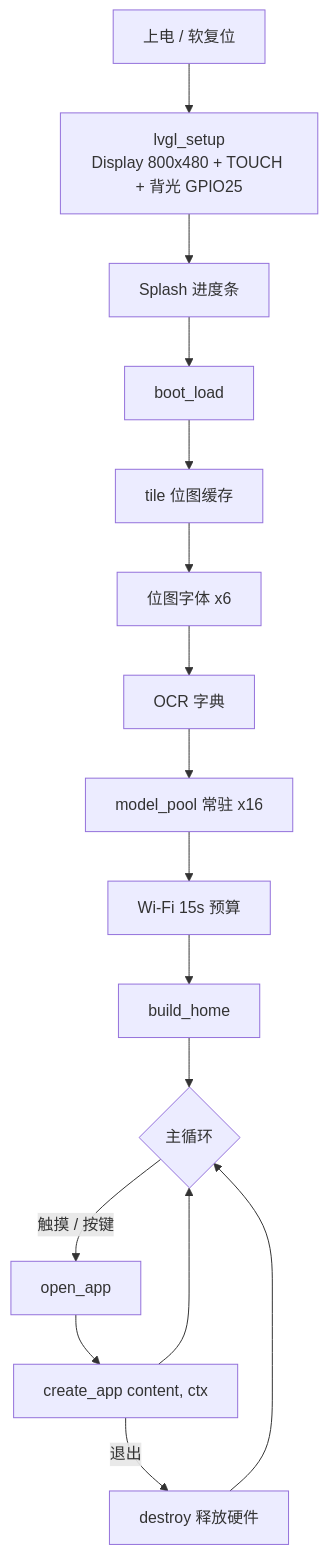
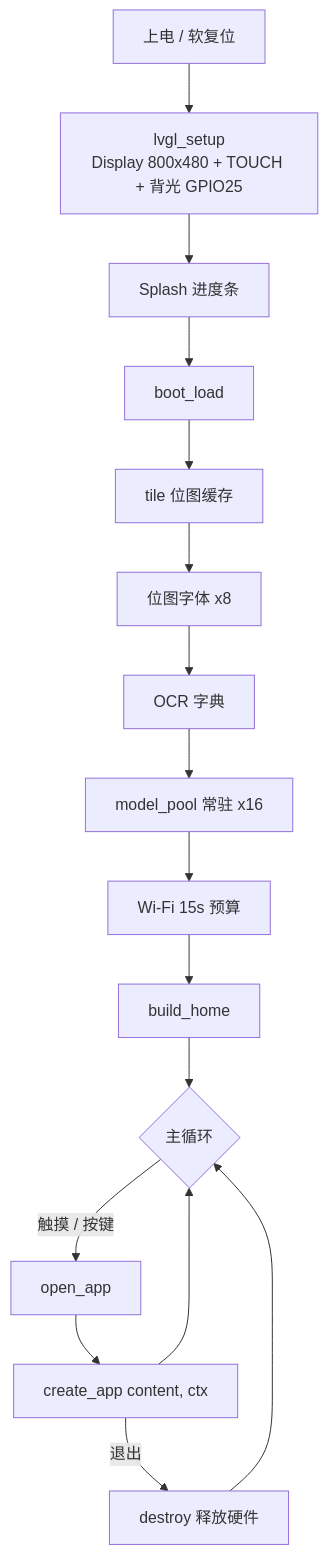
Before and after one commit to RockBase-lab/RockBase-K230-Vision-GUI: the diagram in README_zh.md, drawn with Mermaid. The commit also changed other lines of this file and 9 other files, not shown here.

````diff
--- a/README_zh.md
+++ b/README_zh.md
@@ -273,18 +297,18 @@
 ```mermaid
 flowchart TD
     A[上电 / 软复位] --> B[lvgl_setup<br/>Display 800x480 + TOUCH + 背光 GPIO25]
     B --> C[Splash 进度条]
     C --> D[boot_load]
     D --> E[tile 位图缓存]
-    E --> F[位图字体 x6]
+    E --> F[位图字体 x8]
     F --> G[OCR 字典]
     G --> H[model_pool 常驻 x16]
     H --> I[Wi-Fi 15s 预算]
     I --> J[build_home]
     J --> K{主循环}
     K -->|触摸 / 按键| L[open_app]
     L --> M[create_app content, ctx]
     M --> K
     M -->|退出| N[destroy 释放硬件]
     N --> K
 ```
````
